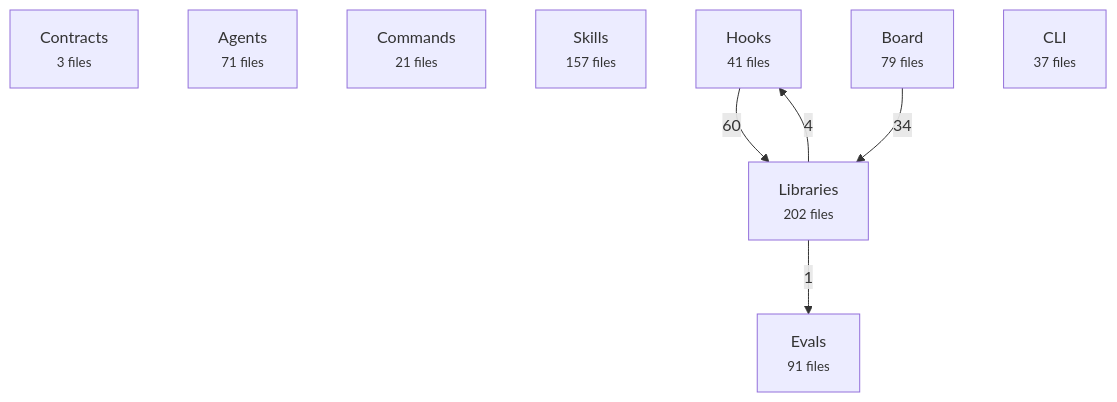
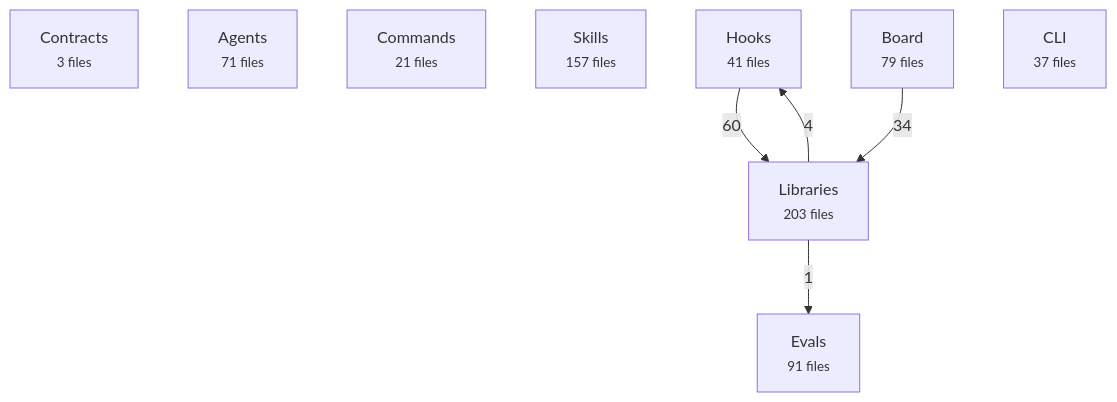
Before and after one commit to avelikiy/great_cto: the first of 2 diagrams in docs/reference/architecture-map.md, drawn with Mermaid. The commit also changed other lines of this file and 4 other files, not shown here.

````diff
--- a/docs/reference/architecture-map.md
+++ b/docs/reference/architecture-map.md
@@ -20,16 +20,16 @@
 ```mermaid
 flowchart TD
   contracts["Contracts<br/><small>3 files</small>"]
   agents["Agents<br/><small>71 files</small>"]
   commands["Commands<br/><small>21 files</small>"]
   skills["Skills<br/><small>157 files</small>"]
   hooks["Hooks<br/><small>41 files</small>"]
-  libs["Libraries<br/><small>202 files</small>"]
+  libs["Libraries<br/><small>203 files</small>"]
   board["Board<br/><small>79 files</small>"]
   cli["CLI<br/><small>37 files</small>"]
   evals["Evals<br/><small>91 files</small>"]
   hooks -->|60| libs
   board -->|34| libs
   libs -->|4| hooks
   libs -->|1| evals
 ```
````
